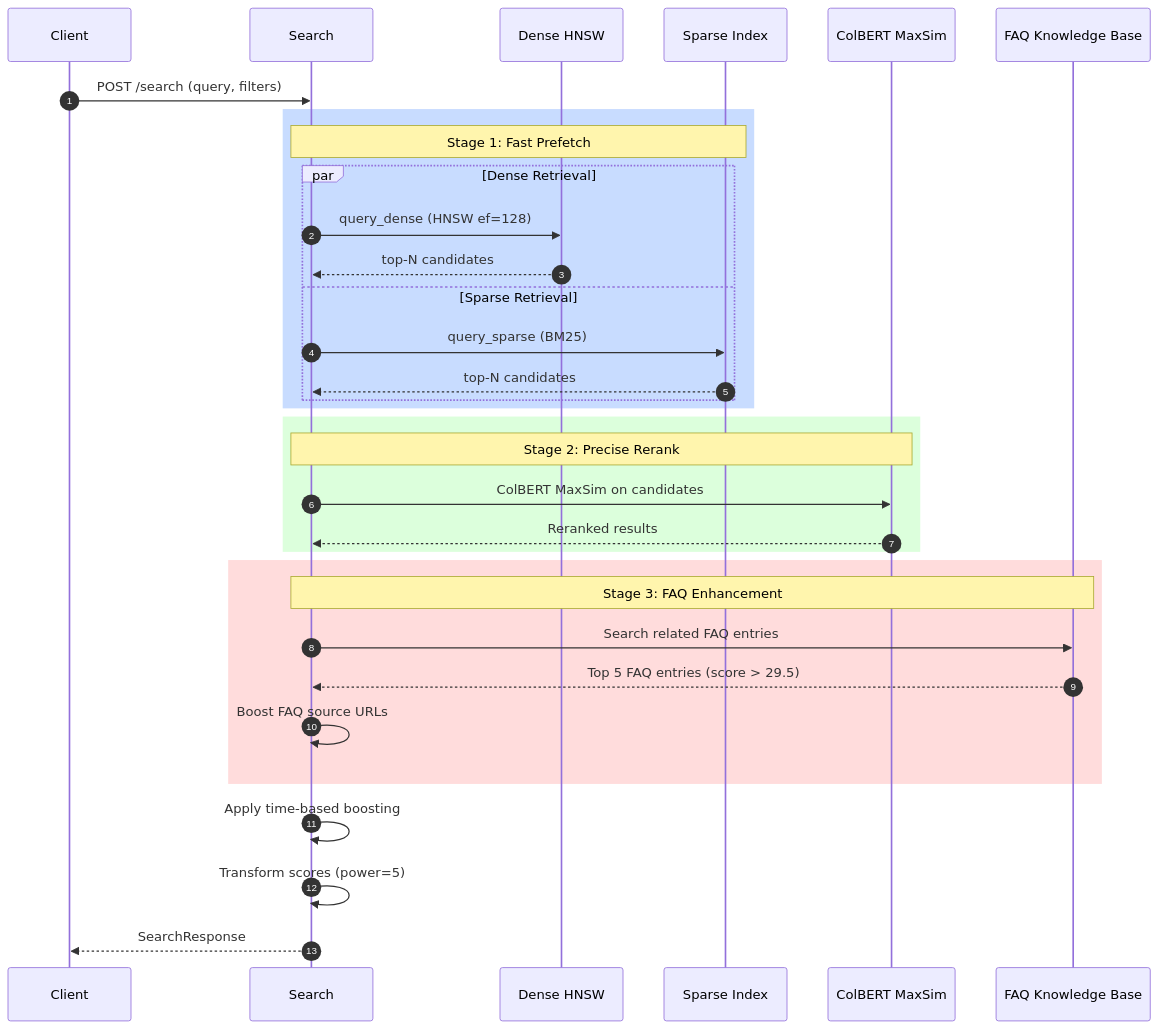
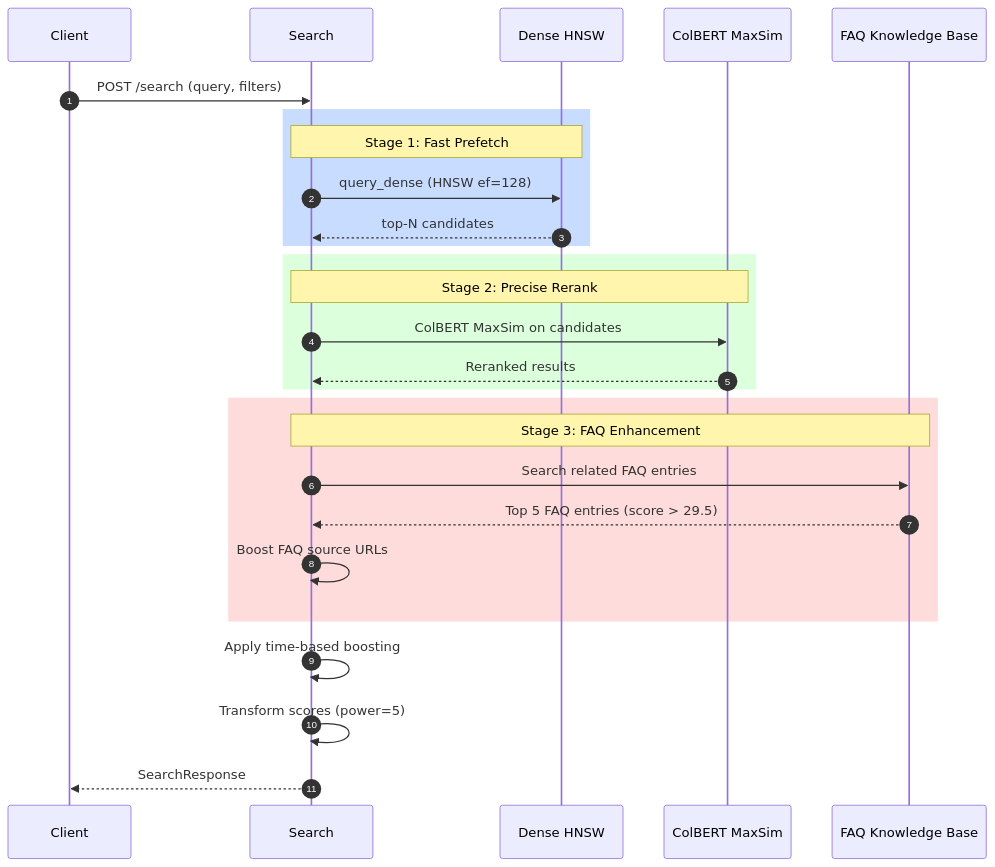
The second of 3 diagrams in docs/search-pipeline.md (flozi00/qdrant-proxy), drawn with Mermaid before and after one commit. The commit also changed other lines of this file and 21 other files, not shown here.

````diff
--- a/docs/search-pipeline.md
+++ b/docs/search-pipeline.md
@@ -49,40 +43,34 @@
 ```mermaid
 sequenceDiagram
     autonumber
     participant Client
     participant Search
     participant Dense as Dense HNSW
-    participant Sparse as Sparse Index
     participant ColBERT as ColBERT MaxSim
     participant FAQs as FAQ Knowledge Base
 
     Client->>Search: POST /search (query, filters)
     
     rect rgb(200, 220, 255)
-        Note over Search,Sparse: Stage 1: Fast Prefetch
-        par Dense Retrieval
-            Search->>Dense: query_dense (HNSW ef=128)
-            Dense-->>Search: top-N candidates
-        and Sparse Retrieval
-            Search->>Sparse: query_sparse (BM25)
-            Sparse-->>Search: top-N candidates
-        end
+        Note over Search,Dense: Stage 1: Fast Prefetch
+        Search->>Dense: query_dense (HNSW ef=128)
+        Dense-->>Search: top-N candidates
     end
     
     rect rgb(220, 255, 220)
         Note over Search,ColBERT: Stage 2: Precise Rerank
         Search->>ColBERT: ColBERT MaxSim on candidates
         ColBERT-->>Search: Reranked results
     end
     
     rect rgb(255, 220, 220)
         Note over Search,FAQs: Stage 3: FAQ Enhancement
         Search->>FAQs: Search related FAQ entries
         FAQs-->>Search: Top 5 FAQ entries (score > 29.5)
         Search->>Search: Boost FAQ source URLs
     end
     
     Search->>Search: Apply time-based boosting
     Search->>Search: Transform scores (power=5)
     Search-->>Client: SearchResponse
 ```
````
